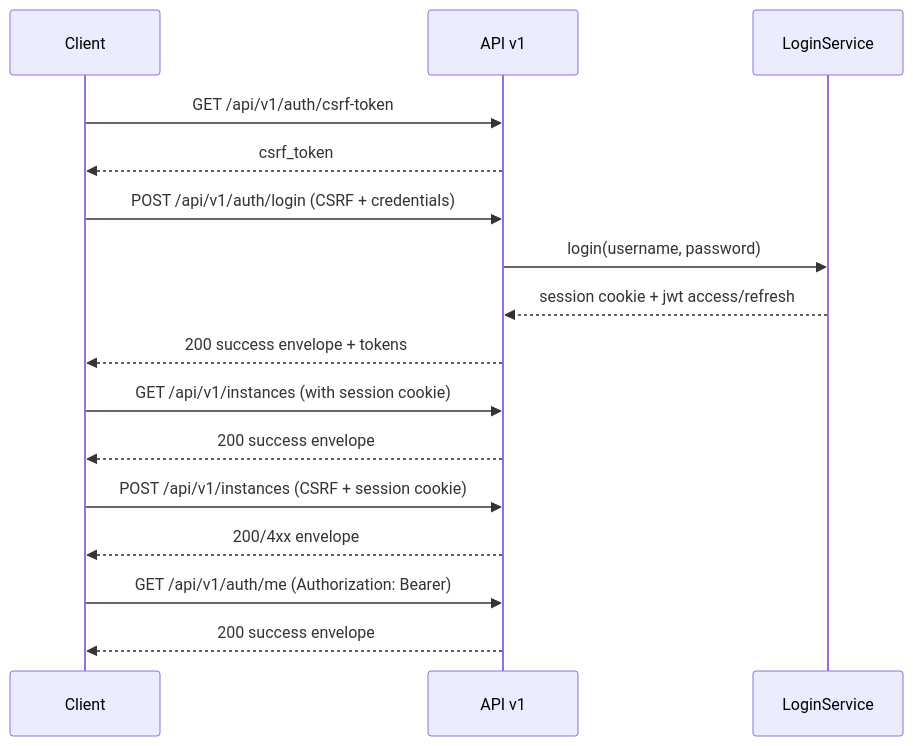
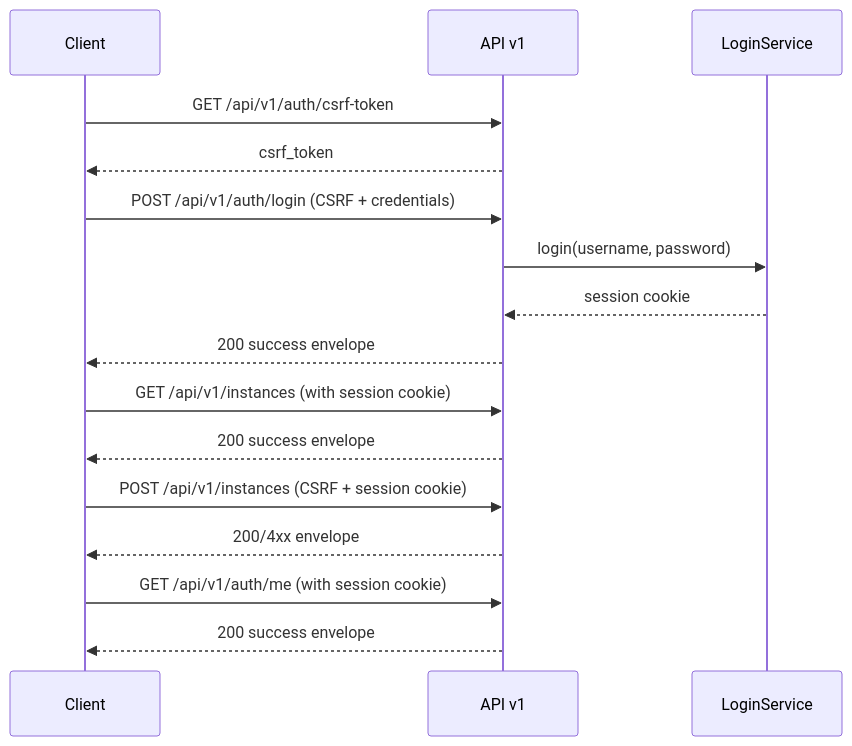
One commit to nyealovey/WhaleFall changed the second of 2 diagrams in docs/Obsidian/architecture/flows/login.md. Above: the diagram before and after it, drawn with Mermaid. The commit also changed 25 other files, not shown here.

````diff
--- a/docs/Obsidian/architecture/flows/login.md
+++ b/docs/Obsidian/architecture/flows/login.md
@@ -80,23 +80,23 @@
 ```mermaid
 sequenceDiagram
     participant C as Client
     participant A as API v1
     participant S as LoginService
 
     C->>A: GET /api/v1/auth/csrf-token
     A-->>C: csrf_token
 
     C->>A: POST /api/v1/auth/login (CSRF + credentials)
     A->>S: login(username, password)
-    S-->>A: session cookie + jwt access/refresh
-    A-->>C: 200 success envelope + tokens
+    S-->>A: session cookie
+    A-->>C: 200 success envelope
 
     C->>A: GET /api/v1/instances (with session cookie)
     A-->>C: 200 success envelope
 
     C->>A: POST /api/v1/instances (CSRF + session cookie)
     A-->>C: 200/4xx envelope
 
-    C->>A: GET /api/v1/auth/me (Authorization: Bearer)
+    C->>A: GET /api/v1/auth/me (with session cookie)
     A-->>C: 200 success envelope
 ```
````
